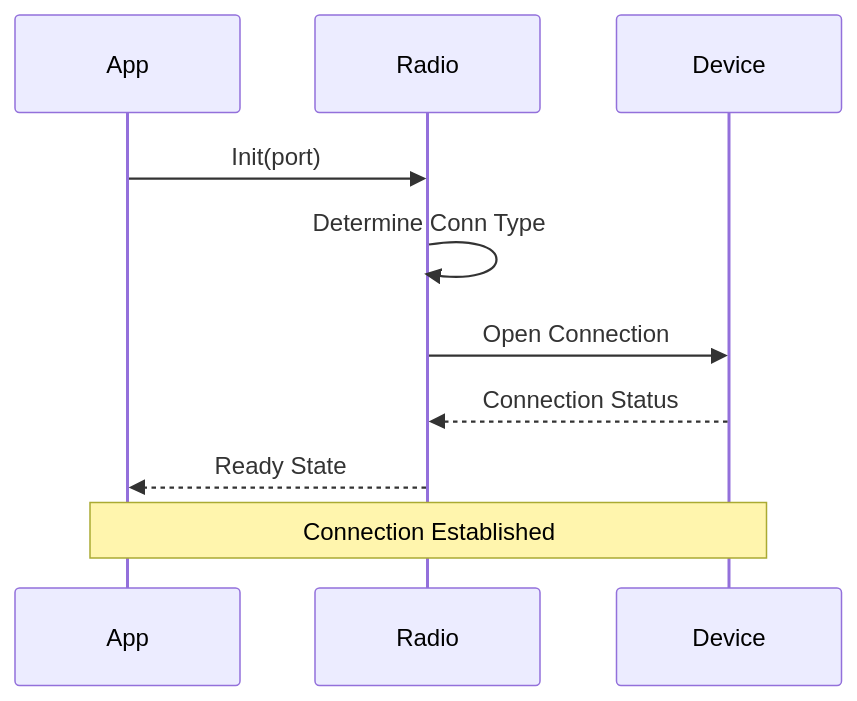
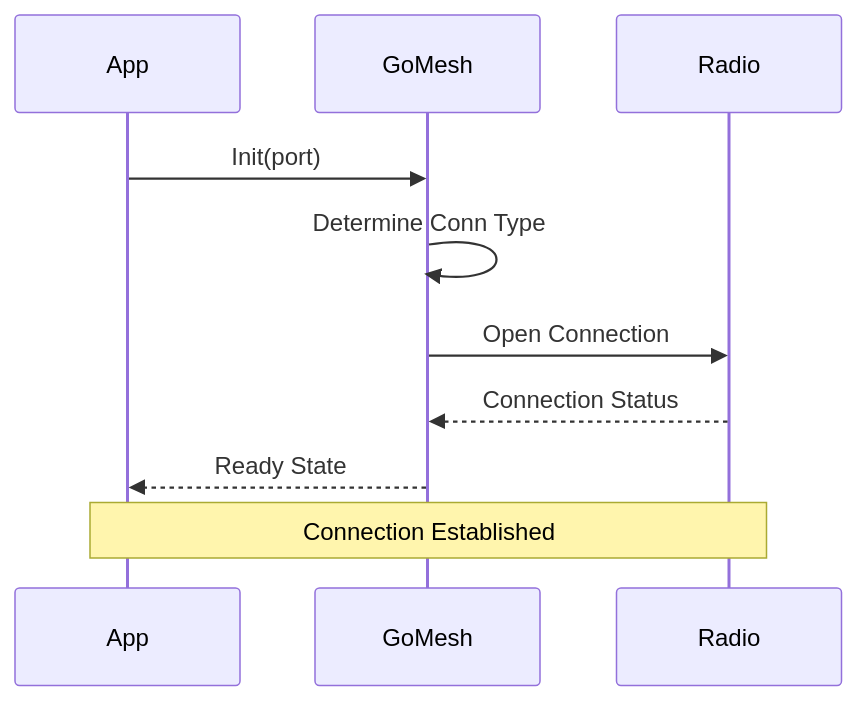
Before and after one commit to gherlein/goMesh: the third of 5 diagrams in DESIGN.md, drawn with Mermaid. The commit also changed other lines of this file, not shown here.

````diff
--- a/DESIGN.md
+++ b/DESIGN.md
@@ -38,14 +38,14 @@
 ```mermaid
 sequenceDiagram
     participant App
+    participant GoMesh
     participant Radio
-    participant Device
     
-    App->>Radio: Init(port)
-    Radio->>Radio: Determine Conn Type
-    Radio->>Device: Open Connection
-    Device-->>Radio: Connection Status
-    Radio-->>App: Ready State
+    App->>GoMesh: Init(port)
+    GoMesh->>GoMesh: Determine Conn Type
+    GoMesh->>Radio: Open Connection
+    Radio-->>GoMesh: Connection Status
+    GoMesh-->>App: Ready State
     
-    Note over App,Device: Connection Established
+    Note over App,Radio: Connection Established
 ```
````
